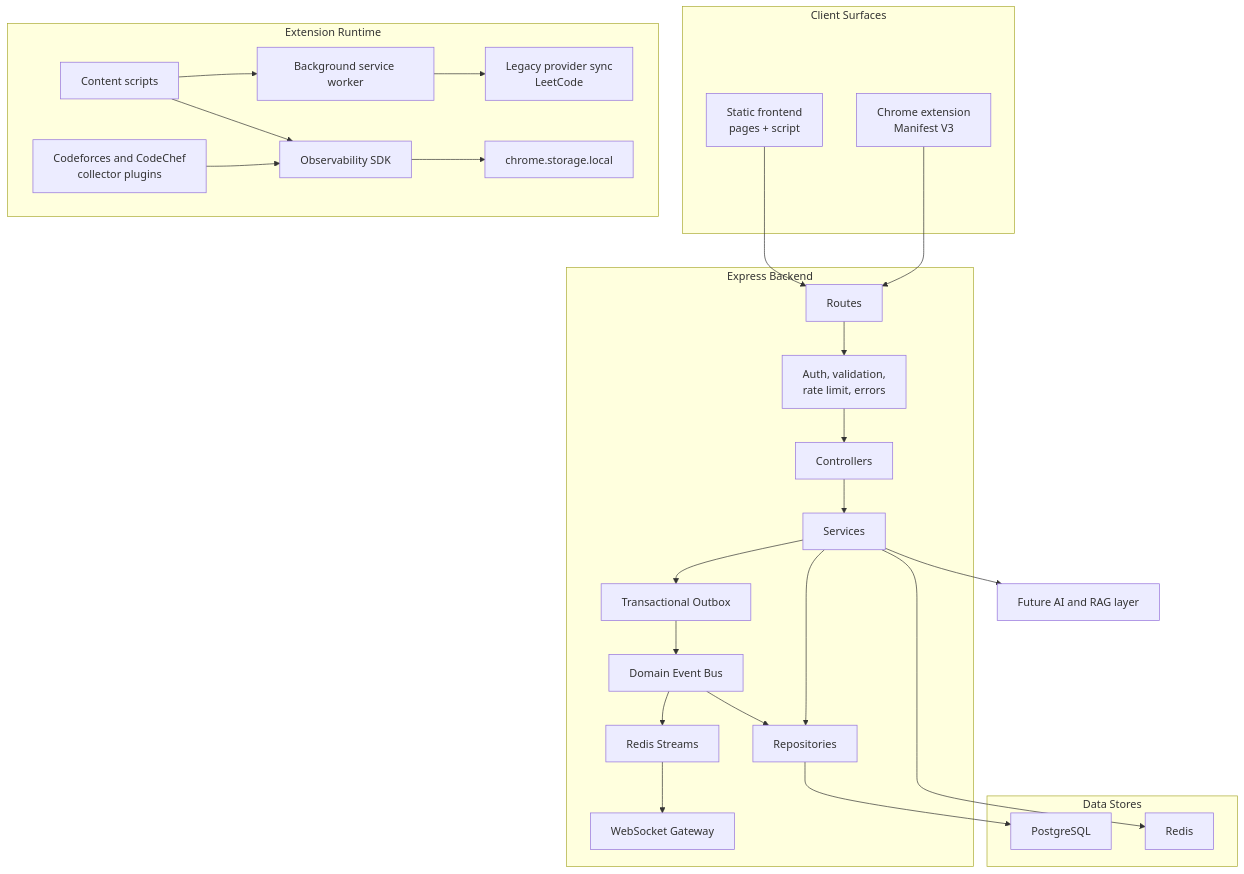
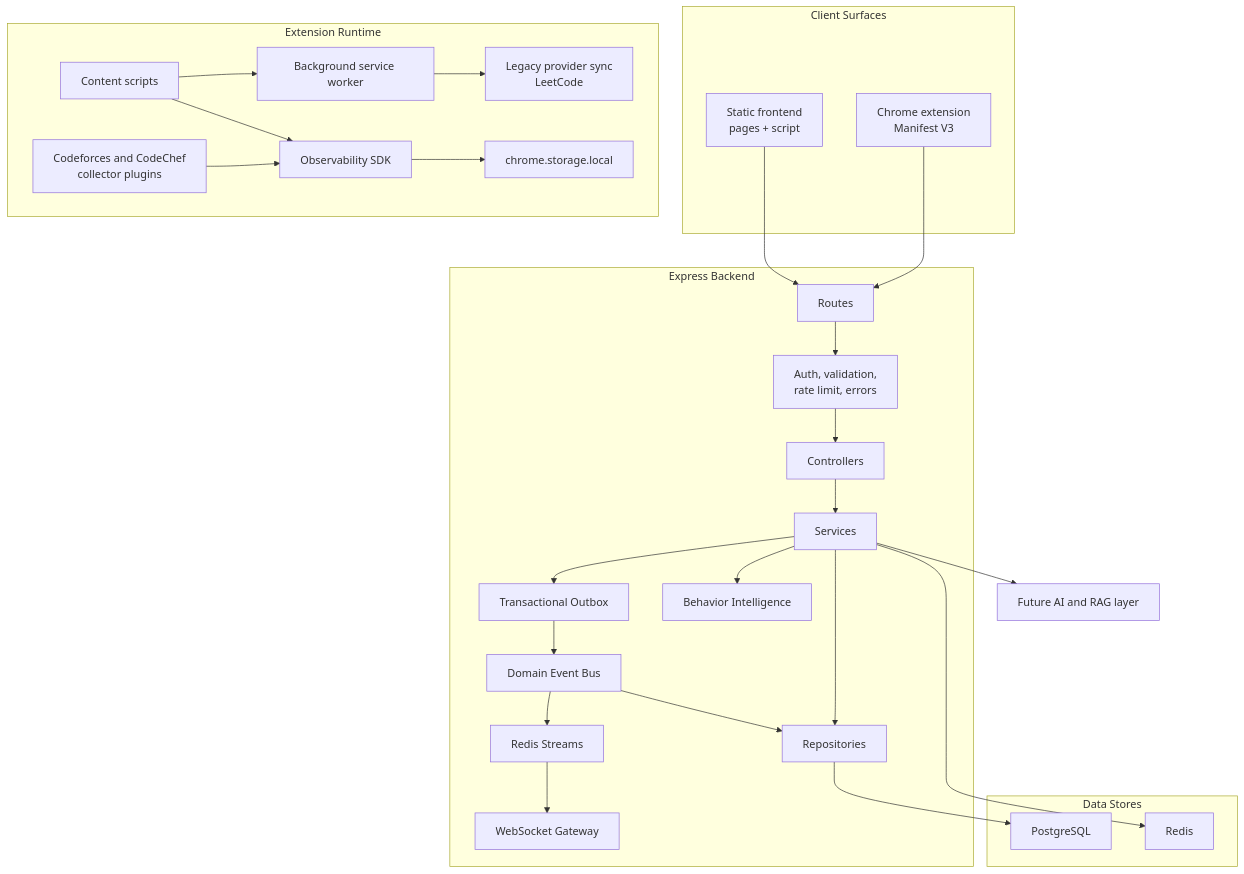
One commit to Absosh/CPInsight changed the first of 2 diagrams in docs/architecture/system-overview.md. Above: the diagram before and after it, drawn with Mermaid. The commit also changed other lines of this file and 36 other files, not shown here.

Commit message:
feat(behavior): add behavior intelligence engine

````diff
--- a/docs/architecture/system-overview.md
+++ b/docs/architecture/system-overview.md
@@ -9,55 +9,57 @@
 ```mermaid
 flowchart TB
   subgraph Client["Client Surfaces"]
     Frontend["Static frontend\npages + script"]
     Extension["Chrome extension\nManifest V3"]
   end
 
   subgraph ExtensionRuntime["Extension Runtime"]
     SW["Background service worker"]
     Content["Content scripts"]
     Providers["Legacy provider sync\nLeetCode"]
     SDK["Observability SDK"]
     Collectors["Codeforces and CodeChef\ncollector plugins"]
     ChromeStorage["chrome.storage.local"]
   end
 
   subgraph API["Express Backend"]
     Routes["Routes"]
     Controllers["Controllers"]
     Services["Services"]
     Outbox["Transactional Outbox"]
     DomainBus["Domain Event Bus"]
     RedisEvents["Redis Streams"]
     Realtime["WebSocket Gateway"]
+    Behavior["Behavior Intelligence"]
     Repositories["Repositories"]
     Middleware["Auth, validation,\nrate limit, errors"]
   end
 
   subgraph Data["Data Stores"]
     Postgres["PostgreSQL"]
     Redis["Redis"]
   end
 
   FutureAI["Future AI and RAG layer"]
 
   Frontend --> Routes
   Extension --> Routes
   Content --> SW
   Content --> SDK
   Collectors --> SDK
   SDK --> ChromeStorage
   SW --> Providers
   Routes --> Middleware
   Middleware --> Controllers
   Controllers --> Services
   Services --> Outbox
   Outbox --> DomainBus
   DomainBus --> RedisEvents
   RedisEvents --> Realtime
+  Services --> Behavior
   DomainBus --> Repositories
   Services --> Repositories
   Repositories --> Postgres
   Services --> Redis
   Services --> FutureAI
 ```
````
